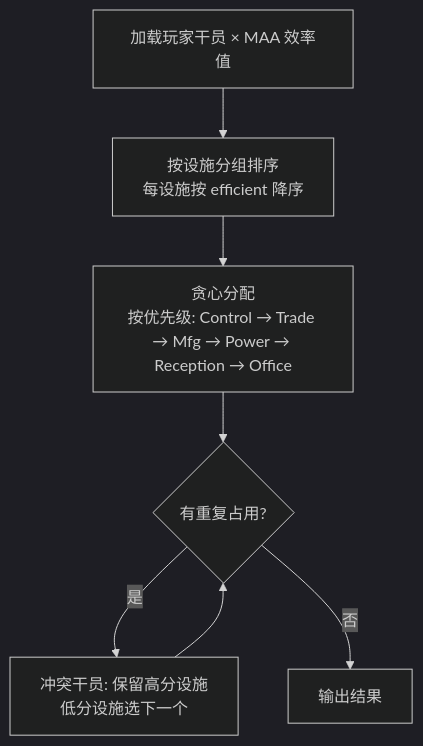
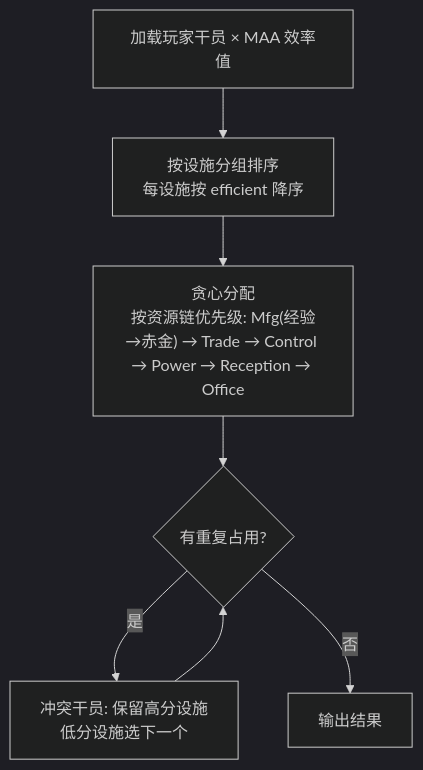
One commit to Pegaiur/RhodeLogisticsSteward changed the diagram in docs/strategy-brief.md. Above: the diagram before and after it, drawn with Mermaid (dark theme). The commit also changed 1 other file, not shown here.

Commit message:
docs: 更新路线图和策略概要以反映Step1实现成果
- ROADMAP.md: 标注Step1已完成，附实现状态、当前产出数据和文件名索引
- strategy-brief.md: 更新求解优先级为资源链顺序(Mfg→Trade→Control)，产出计算改用PRTS精确公式含无人机加速

````diff
--- a/docs/strategy-brief.md
+++ b/docs/strategy-brief.md
@@ -39,9 +39,9 @@
 ```mermaid
 flowchart TD
     S["加载玩家干员 × MAA 效率值"] --> R["按设施分组排序<br/>每设施按 efficient 降序"]
-    R --> G["贪心分配<br/>按优先级: Control → Trade → Mfg → Power → Reception → Office"]
+    R --> G["贪心分配<br/>按资源链优先级: Mfg(经验→赤金) → Trade → Control → Power → Reception → Office"]
     G --> C{"有重复占用?"}
     C -->|是| B["冲突干员: 保留高分设施<br/>低分设施选下一个"]
     C -->|否| D["输出结果"]
     B --> C
 ```
````
